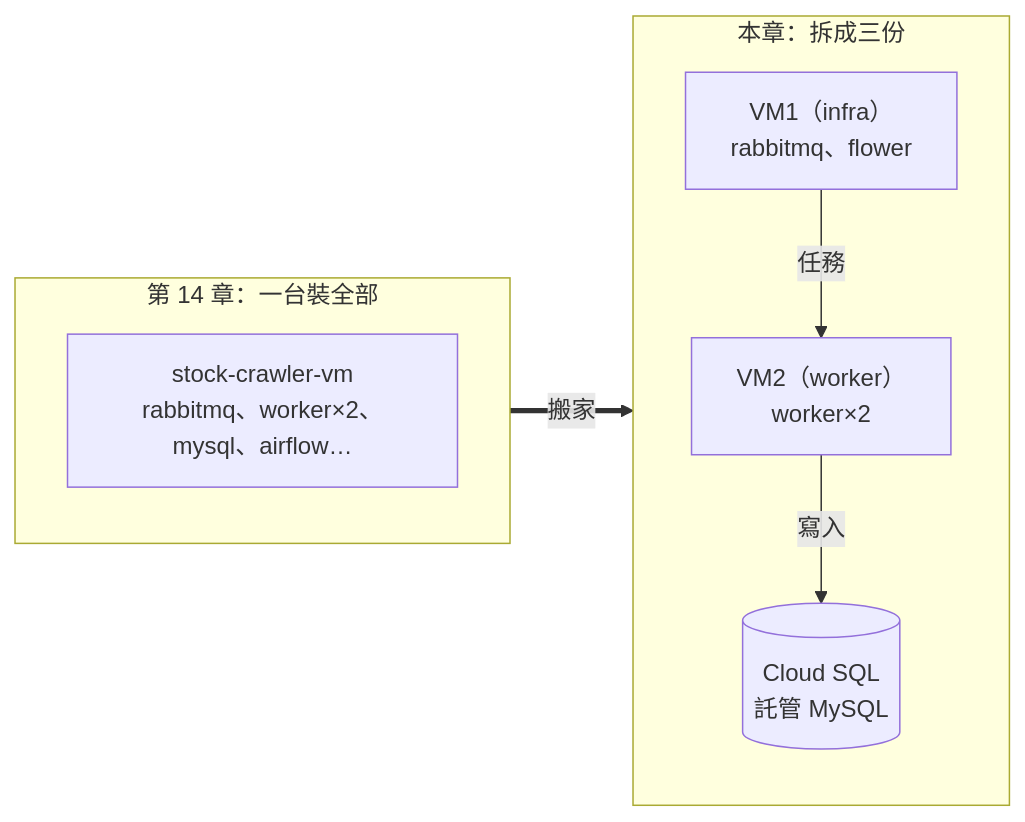
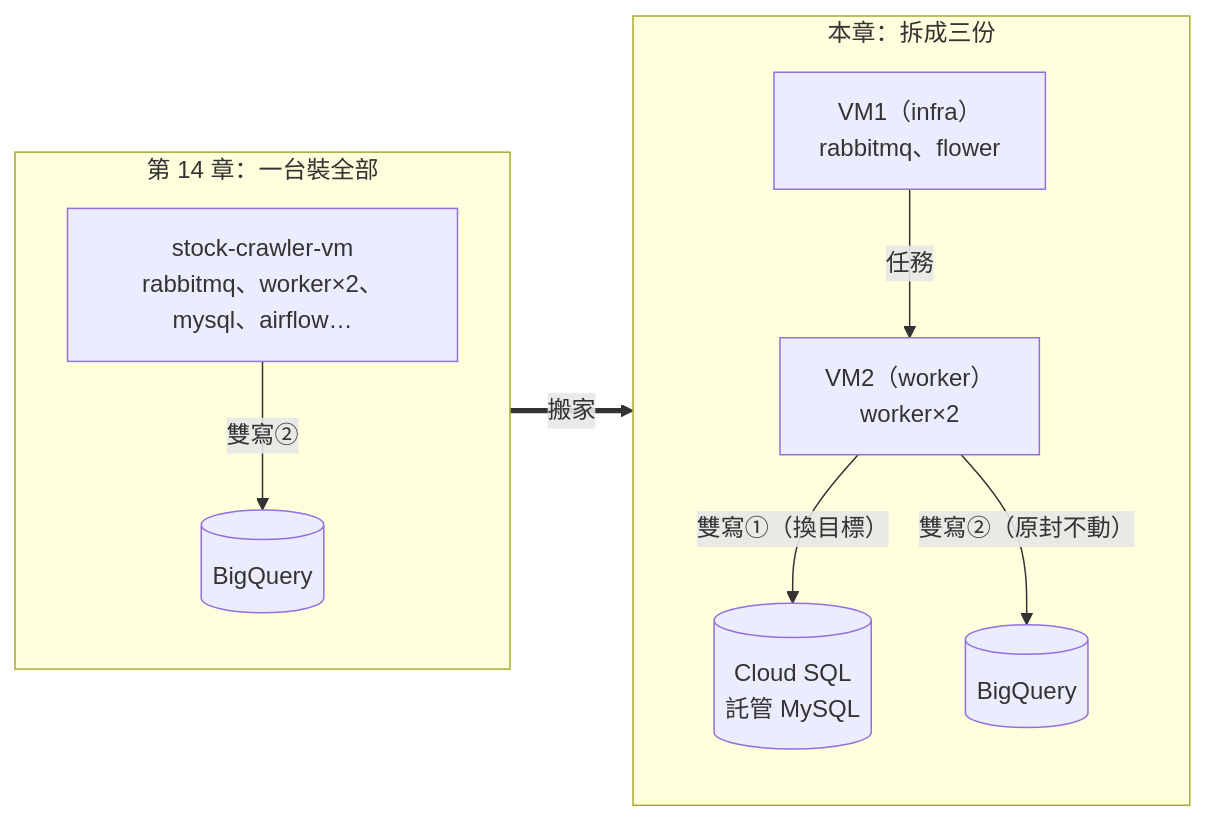
The diagram in 課程手冊/課程手冊16 - 系統搬家_多台VM與Cloud SQL.md (lu791019/stock-crawler-de-course-materials), drawn with Mermaid before and after one commit. The commit also changed other lines of this file and 1 other file, not shown here.

Commit message:
docs: 手冊16 大改——Part D VM2 建機加 scopes、Part E override 加 GCP_PROJECT_ID、Part F 補 BQ 雙寫驗證（搬家不動分析線）；新增 Cloud SQL vs BQ 營運級對照、Spanner 動手節（免費試用機 GCP 實跑：GoogleSQL 建表/線上加欄/調 PU 被拒/終身一次額度）、GCP 資料庫選型光譜；檢查表/收工/排錯/總結同步

````diff
--- a/課程手冊/課程手冊16 - 系統搬家_多台VM與Cloud SQL.md
+++ b/課程手冊/課程手冊16 - 系統搬家_多台VM與Cloud SQL.md
@@ -47,11 +50,12 @@
 ```mermaid
 flowchart LR
     subgraph BEFORE["第 14 章：一台裝全部"]
-        ALL["stock-crawler-vm<br/>rabbitmq、worker×2、mysql、airflow…"]
+        ALL["stock-crawler-vm<br/>rabbitmq、worker×2、mysql、airflow…"] -->|雙寫②| BQ0[("BigQuery")]
     end
     subgraph AFTER["本章：拆成三份"]
         VM1["VM1（infra）<br/>rabbitmq、flower"] -->|任務| VM2["VM2（worker）<br/>worker×2"]
-        VM2 -->|寫入| SQL[("Cloud SQL<br/>託管 MySQL")]
+        VM2 -->|"雙寫①（換目標）"| SQL[("Cloud SQL<br/>託管 MySQL")]
+        VM2 -->|"雙寫②（原封不動）"| BQ[("BigQuery")]
     end
     BEFORE ==>|搬家| AFTER
 ```
````
